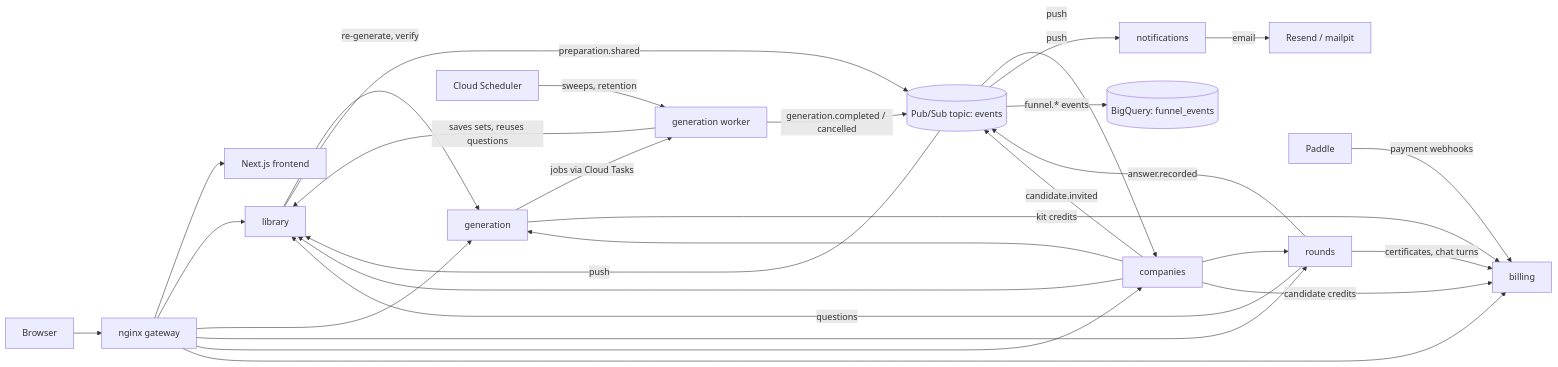
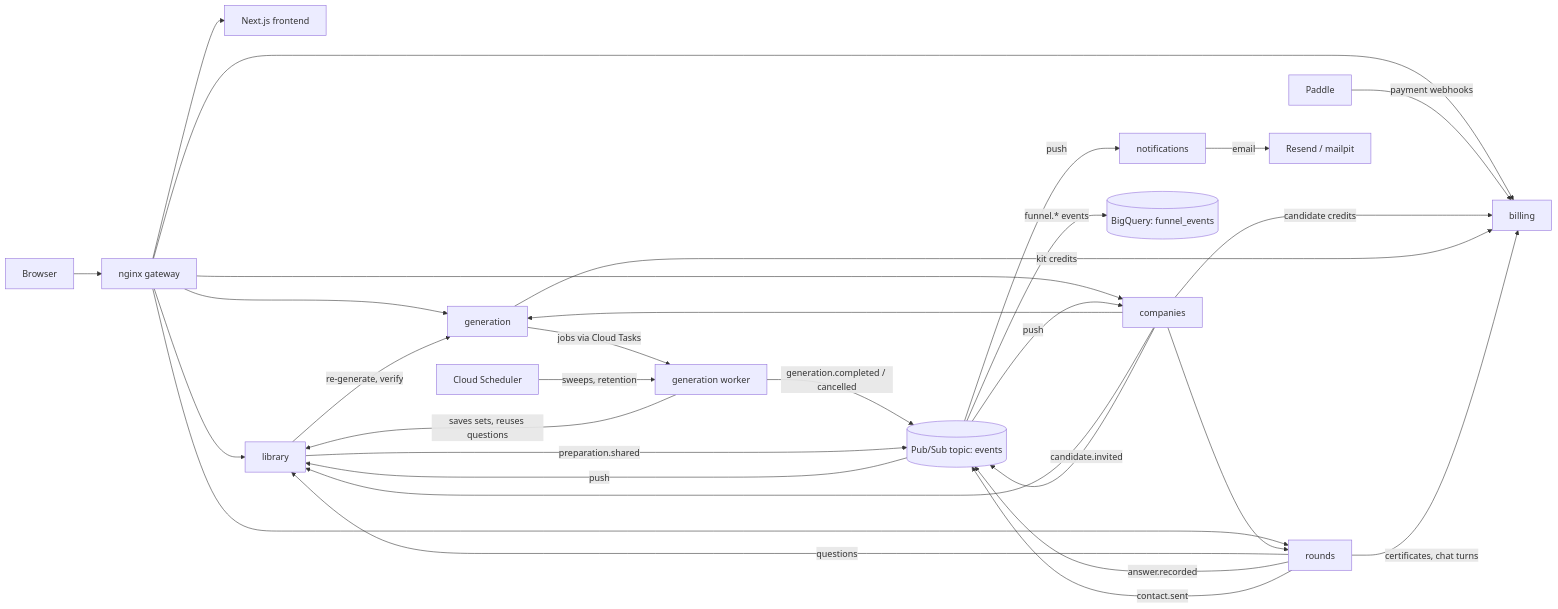
Before and after one commit to Vilsky-Viktor/ai-interview-prep-platform: the diagram in README.md, drawn with Mermaid. The commit also changed other lines of this file and 1 other file, not shown here.

````diff
--- a/README.md
+++ b/README.md
@@ -45,32 +57,33 @@
 ```mermaid
 flowchart LR
     browser[Browser] --> gateway[nginx gateway]
     gateway --> frontend[Next.js frontend]
     gateway --> library
     gateway --> generation
     gateway --> rounds
     gateway --> companies
     gateway --> billing
     paddle[Paddle] -- payment webhooks --> billing
 
     generation -- jobs via Cloud Tasks --> worker[generation worker]
     scheduler[Cloud Scheduler] -- sweeps, retention --> worker
     worker -- saves sets, reuses questions --> library
     library -- re-generate, verify --> generation
     rounds -- questions --> library
     companies --> generation
     companies --> library
     companies --> rounds
     companies -- candidate credits --> billing
     generation -- kit credits --> billing
     rounds -- certificates, chat turns --> billing
 
     rounds -- answer.recorded --> pubsub[(Pub/Sub topic: events)]
     worker -- generation.completed / cancelled --> pubsub
     library -- preparation.shared --> pubsub
     companies -- candidate.invited --> pubsub
+    rounds -- contact.sent --> pubsub
     pubsub -- push --> library
     pubsub -- push --> companies
     pubsub -- push --> notifications -- email --> smtp[Resend / mailpit]
     pubsub -- funnel.* events --> bigquery[(BigQuery: funnel_events)]
 ```
````
